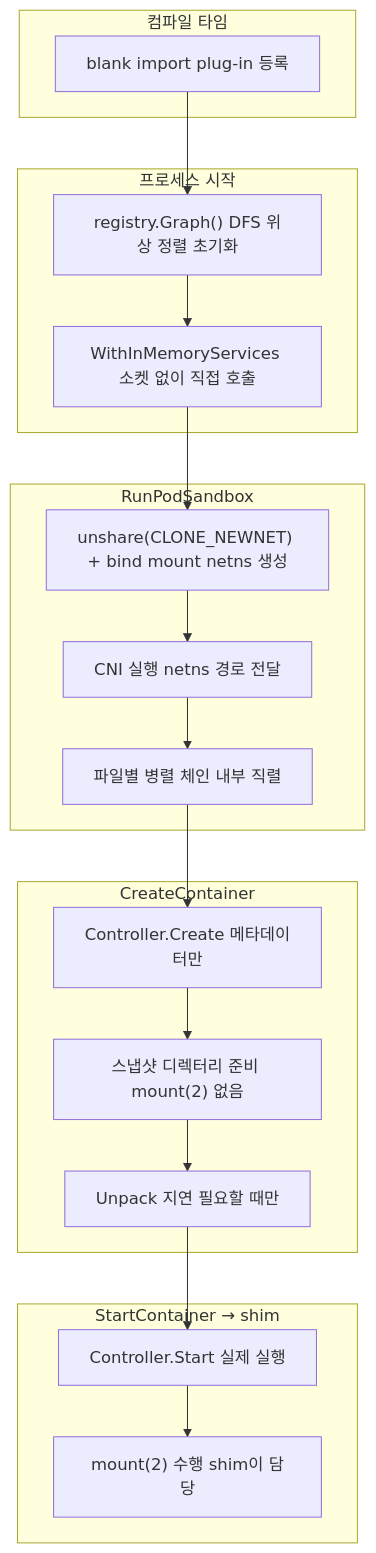
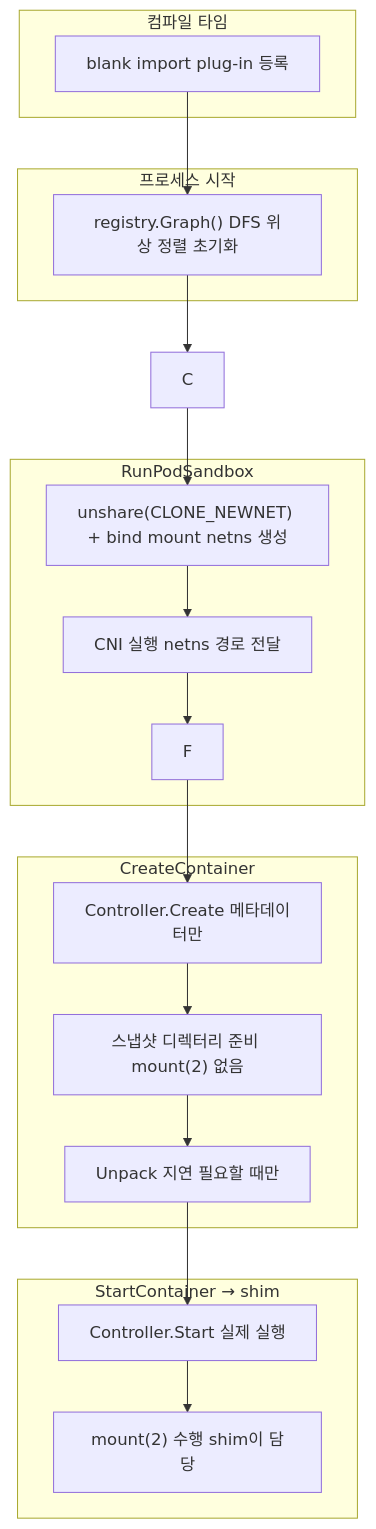
The diagram in _posts/2026-03-31-kubelet-cri6.md (atgane/atgane.github.io), drawn with Mermaid before and after one commit. The commit also changed other lines of this file, not shown here.

Commit message:
Refactor article to focus on design decisions in containerd, clarifying the separation of Create and Start stages for better understanding of execution flow and error handling.

````diff
--- a/_posts/2026-03-31-kubelet-cri6.md
+++ b/_posts/2026-03-31-kubelet-cri6.md
@@ -108,36 +116,34 @@
 ```mermaid
 flowchart TD
     subgraph "컴파일 타임"
         A["blank import plug-in 등록"]
     end
 
     subgraph "프로세스 시작"
         B["registry.Graph() DFS 위상 정렬 초기화"]
-        C["WithInMemoryServices 소켓 없이 직접 호출"]
     end
 
     subgraph "RunPodSandbox"
         D["unshare(CLONE_NEWNET) + bind mount netns 생성"]
         E["CNI 실행 netns 경로 전달"]
-        F["파일별 병렬 체인 내부 직렬"]
         D --> E --> F
     end
 
     subgraph "CreateContainer"
         G["Controller.Create 메타데이터만"]
         H["스냅샷 디렉터리 준비 mount(2) 없음"]
         I["Unpack 지연 필요할 때만"]
         G --> H --> I
     end
 
     subgraph "StartContainer → shim"
         J["Controller.Start 실제 실행"]
         K["mount(2) 수행 shim이 담당"]
         J --> K
     end
 
     A --> B --> C
     C --> D
     F --> G
     I --> J
 ```
````
